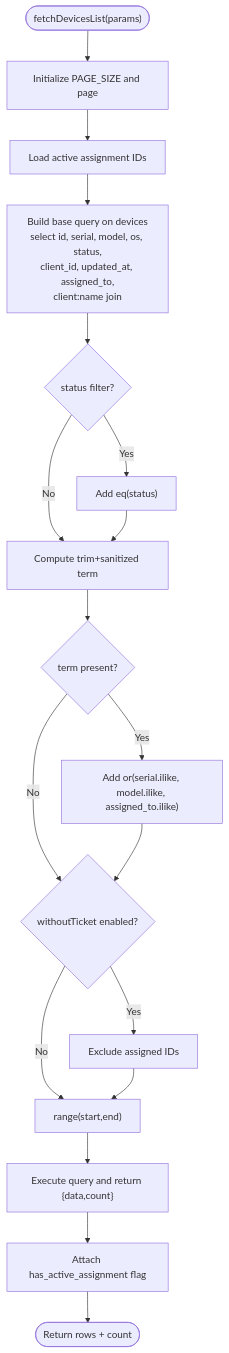
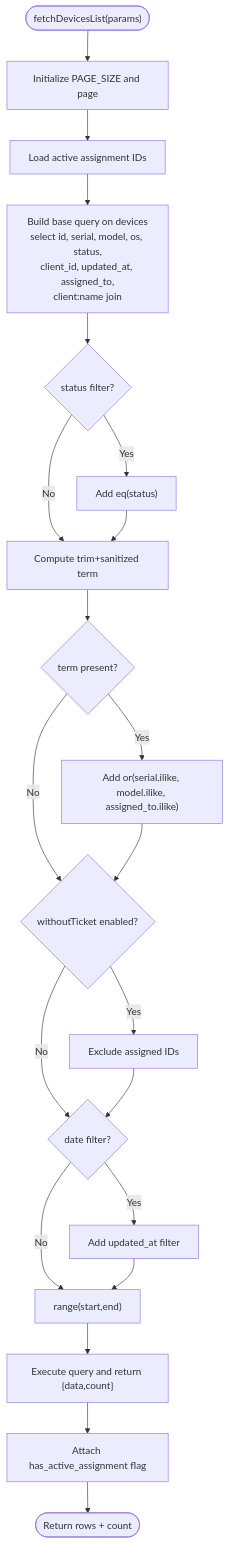
The third of 11 diagrams in .qoder/repowiki/en/content/Device Management System/Device Inventory Tracking.md (gastaldellomarco/pcReady), drawn with Mermaid before and after one commit. The commit also changed other lines of this file and 5 other files, not shown here.

````diff
--- a/.qoder/repowiki/en/content/Device Management System/Device Inventory Tracking.md
+++ b/.qoder/repowiki/en/content/Device Management System/Device Inventory Tracking.md
@@ -161,20 +204,23 @@
 ```mermaid
 flowchart TD
 Start(["fetchDevicesList(params)"]) --> Init["Initialize PAGE_SIZE and page"]
 Init --> LoadAssignments["Load active assignment IDs"]
 LoadAssignments --> BuildQuery["Build base query on devices<br/>select id, serial, model, os, status,<br/>client_id, updated_at, assigned_to,<br/>client:name join"]
 BuildQuery --> ApplyStatus{"status filter?"}
 ApplyStatus --> |Yes| AddEqStatus["Add eq(status)"]
 ApplyStatus --> |No| TermCheck
 AddEqStatus --> TermCheck["Compute trim+sanitized term"]
 TermCheck --> ApplyTerm{"term present?"}
 ApplyTerm --> |Yes| AddILike["Add or(serial.ilike, model.ilike, assigned_to.ilike)"]
 ApplyTerm --> |No| WithoutTicket{"withoutTicket enabled?"}
 AddILike --> WithoutTicket
 WithoutTicket --> |Yes| ExcludeAssigned["Exclude assigned IDs"]
-WithoutTicket --> |No| Range
-ExcludeAssigned --> Range["range(start,end)"]
+WithoutTicket --> |No| DateFilter{"date filter?"}
+ExcludeAssigned --> DateFilter
+DateFilter --> |Yes| AddDateFilter["Add updated_at filter"]
+DateFilter --> |No| Range
+AddDateFilter --> Range["range(start,end)"]
 Range --> Exec["Execute query and return {data,count}"]
 Exec --> PostProcess["Attach has_active_assignment flag"]
 PostProcess --> End(["Return rows + count"])
 ```
````
